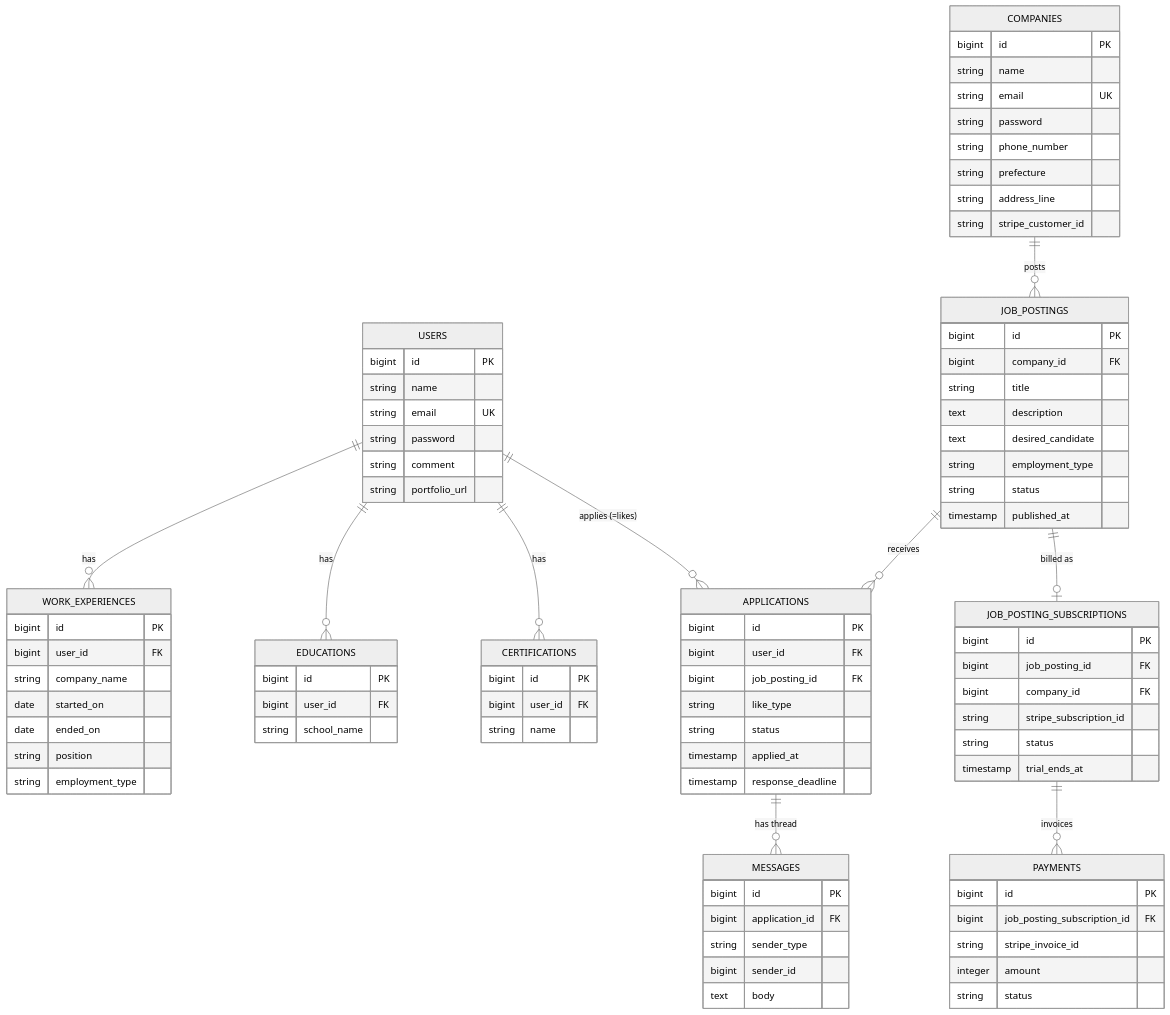
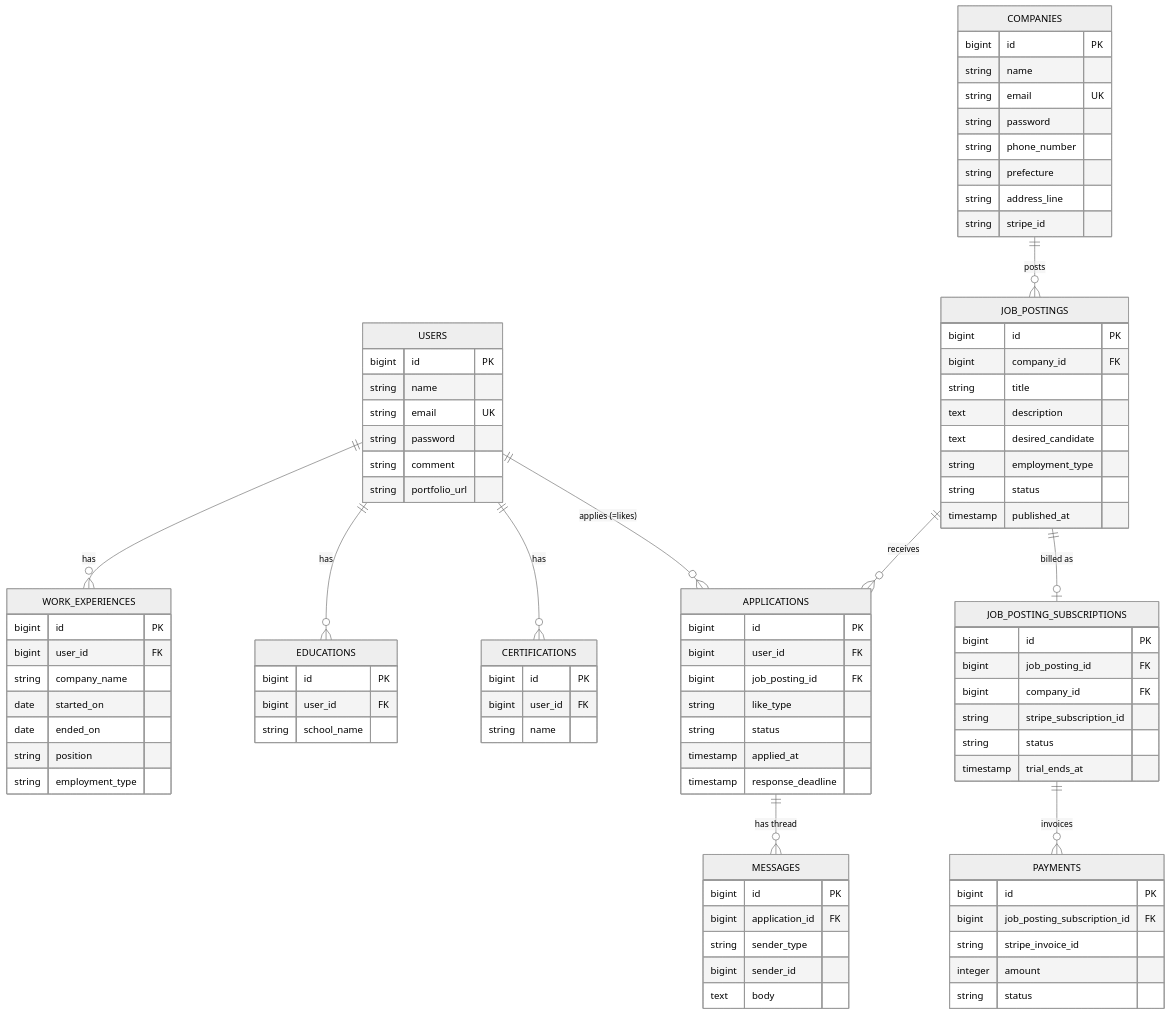
Before and after one commit to kabochan73/Match2: the diagram in DB_DESIGN.md, drawn with Mermaid (neutral theme). The commit also changed other lines of this file and 16 other files, not shown here.

First line of the commit message:
Add database migrations for core schema

```diff
--- a/DB_DESIGN.md
+++ b/DB_DESIGN.md
@@ -26,7 +26,7 @@
         string phone_number
         string prefecture
         string address_line
-        string stripe_customer_id
+        string stripe_id
     }
     USERS {
         bigint id PK
```
